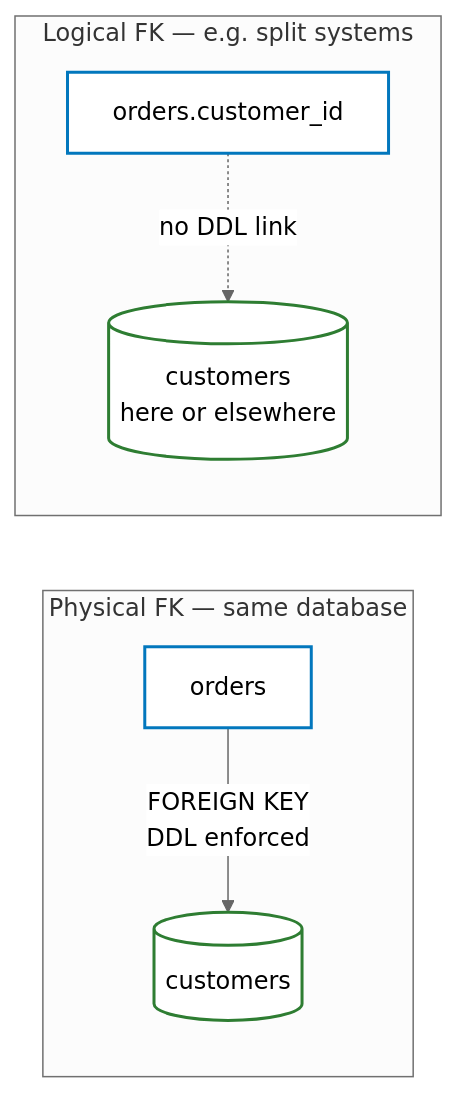
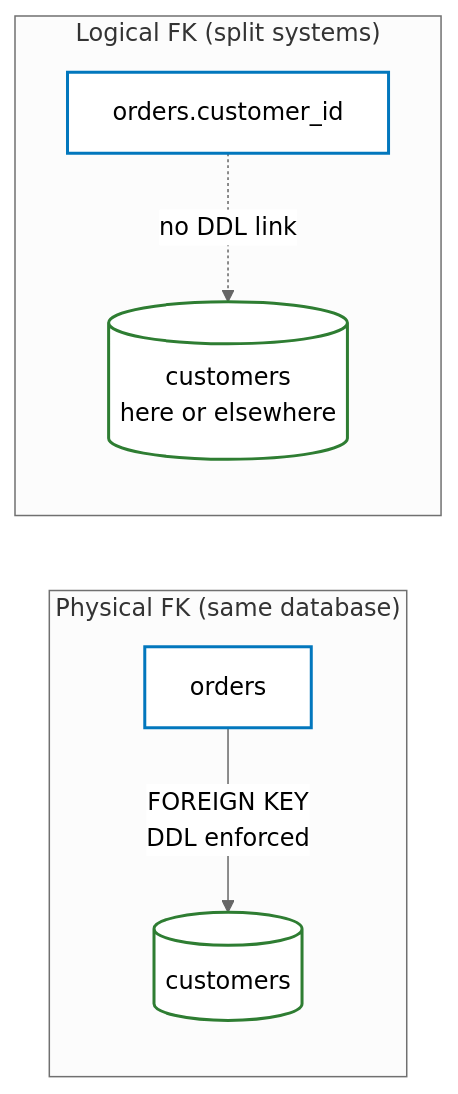
One commit to b0yu-li/b0yu-li.github.io changed the second of 10 diagrams in _posts/2026-04-04-db-design-best-practices.md. Above: the diagram before and after it, drawn with Mermaid (neutral theme). The commit also changed other lines of this file, not shown here.

````diff
--- a/_posts/2026-04-04-db-design-best-practices.md
+++ b/_posts/2026-04-04-db-design-best-practices.md
@@ -71,14 +71,14 @@
 ```mermaid
 graph LR
-    subgraph p [Physical FK — same database]
+    subgraph p ["Physical FK (same database)"]
         O1[orders] -->|FOREIGN KEY<br/>DDL enforced| C1[(customers)]
     end
-    subgraph l [Logical FK — e.g. split systems]
+    subgraph l ["Logical FK (split systems)"]
         O2[orders.customer_id] -.->|no DDL link| C2[(customers<br/>here or elsewhere)]
     end
 
     classDef box fill:#fff,stroke:#0277bd,stroke-width:2px,color:#000;
     classDef tbl fill:#fff,stroke:#2e7d32,stroke-width:2px,color:#000;
     class O1,O2 box;
     class C1,C2 tbl;
 ```
````
